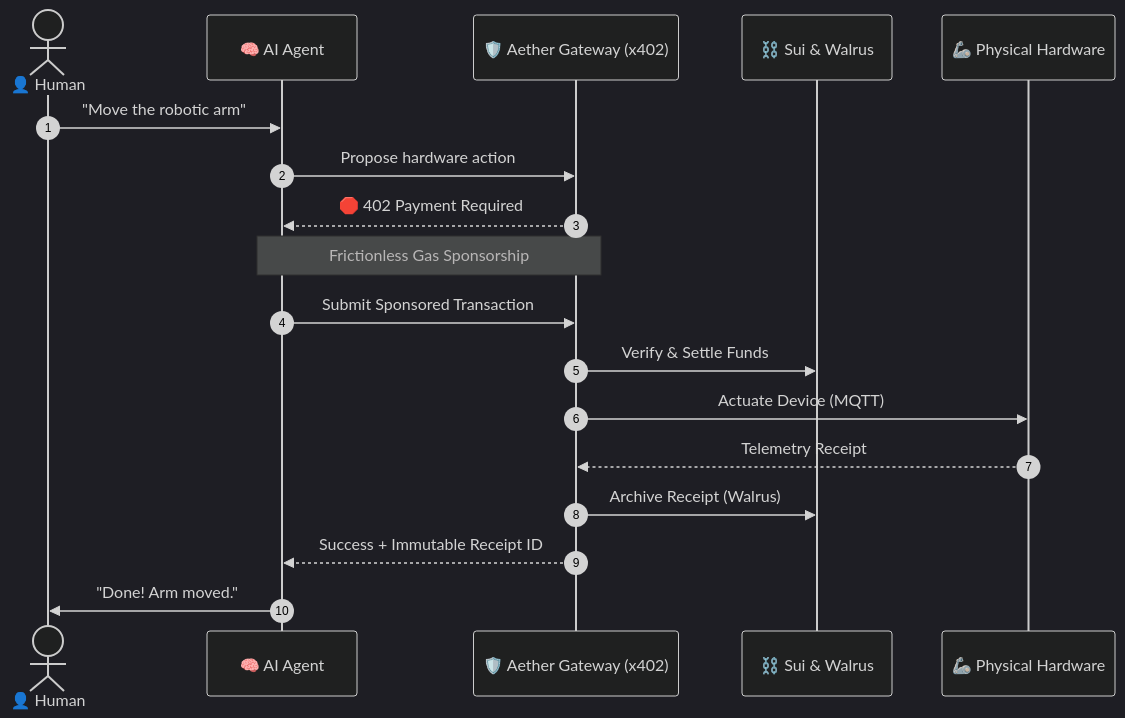
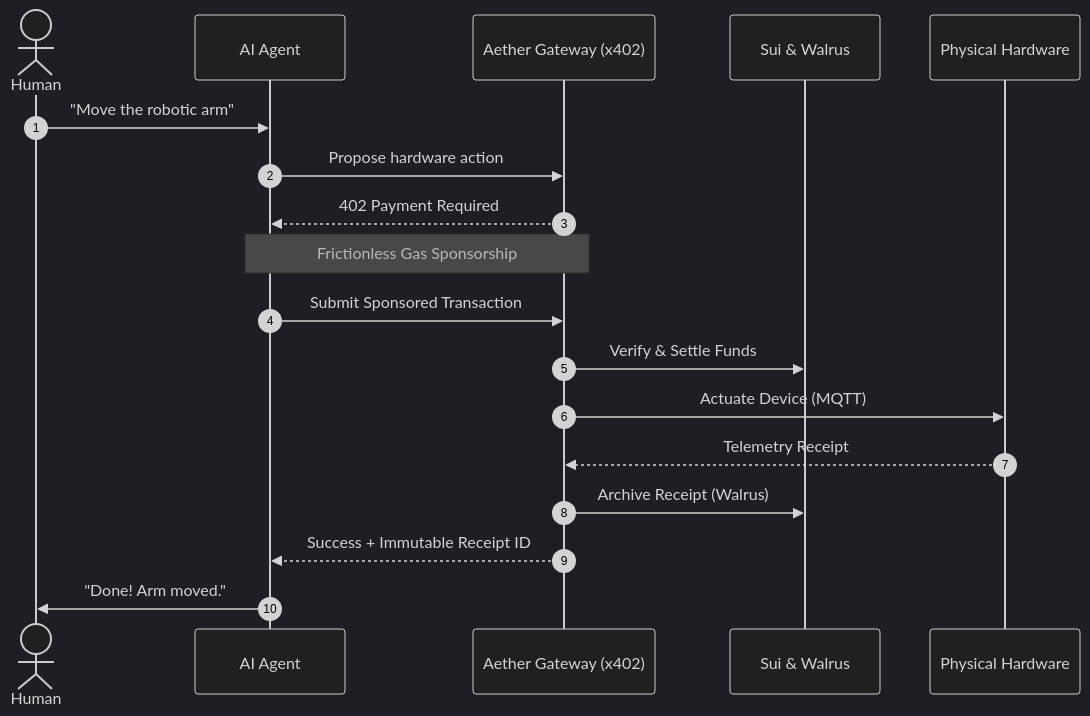
One commit to altaga/Aether changed the first of 6 diagrams in README.md. Above: the diagram before and after it, drawn with Mermaid (dark theme). The commit also changed other lines of this file and 2 other files, not shown here.

````diff
--- a/README.md
+++ b/README.md
@@ -57,24 +57,24 @@
 ```mermaid
 sequenceDiagram
     autonumber
-    actor User as 👤 Human
-    participant Agent as 🧠 AI Agent
-    participant Gateway as 🛡️ Aether Gateway (x402)
-    participant Chain as ⛓️ Sui & Walrus
-    participant Hardware as 🦾 Physical Hardware
+    actor User as Human
+    participant Agent as AI Agent
+    participant Gateway as Aether Gateway (x402)
+    participant Chain as Sui & Walrus
+    participant Hardware as Physical Hardware
 
     User->>Agent: "Move the robotic arm"
     Agent->>Gateway: Propose hardware action
-    Gateway-->>Agent: 🛑 402 Payment Required
+    Gateway-->>Agent:  402 Payment Required
     
     note over Agent, Gateway: Frictionless Gas Sponsorship
     Agent->>Gateway: Submit Sponsored Transaction
     Gateway->>Chain: Verify & Settle Funds
     
     Gateway->>Hardware: Actuate Device (MQTT)
     Hardware-->>Gateway: Telemetry Receipt
     Gateway->>Chain: Archive Receipt (Walrus)
     
     Gateway-->>Agent: Success + Immutable Receipt ID
     Agent->>User: "Done! Arm moved."
 ```
````
